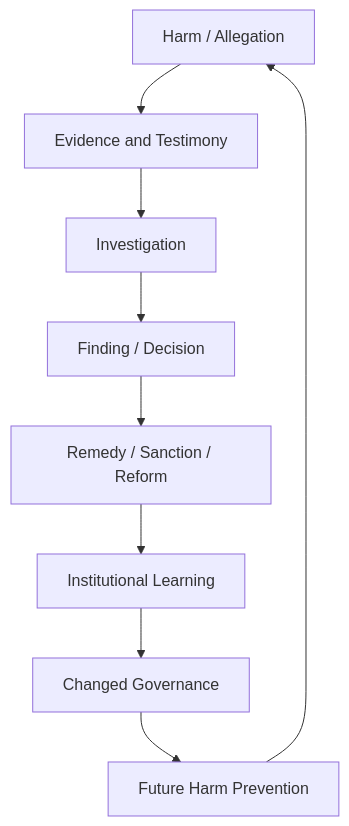
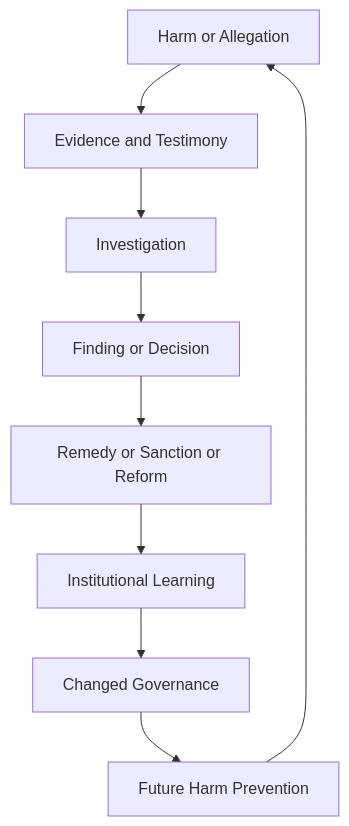
Before and after one commit to josefsbreakfast/Polaris-Protocol: the fifth of 5 diagrams in 🌑_1_Origin_Points/🪿_Embodied_Information_Ecology/♻️_Cybernetics/👑_Ownership_Control/✈️_genocides_and_paedophiles.md, drawn with Mermaid. The commit also changed other lines of this file, not shown here.

````diff
--- a/🌑_1_Origin_Points/🪿_Embodied_Information_Ecology/♻️_Cybernetics/👑_Ownership_Control/✈️_genocides_and_paedophiles.md
+++ b/🌑_1_Origin_Points/🪿_Embodied_Information_Ecology/♻️_Cybernetics/👑_Ownership_Control/✈️_genocides_and_paedophiles.md
@@ -607,20 +607,20 @@
 ```mermaid
 flowchart TD
-    A[Harm / Allegation]
+    A[Harm or Allegation]
     B[Evidence and Testimony]
     C[Investigation]
-    D[Finding / Decision]
-    E[Remedy / Sanction / Reform]
+    D[Finding or Decision]
+    E[Remedy or Sanction or Reform]
     F[Institutional Learning]
     G[Changed Governance]
     H[Future Harm Prevention]
 
     A --> B
     B --> C
     C --> D
     D --> E
     E --> F
     F --> G
     G --> H
     H --> A
 ```
````
